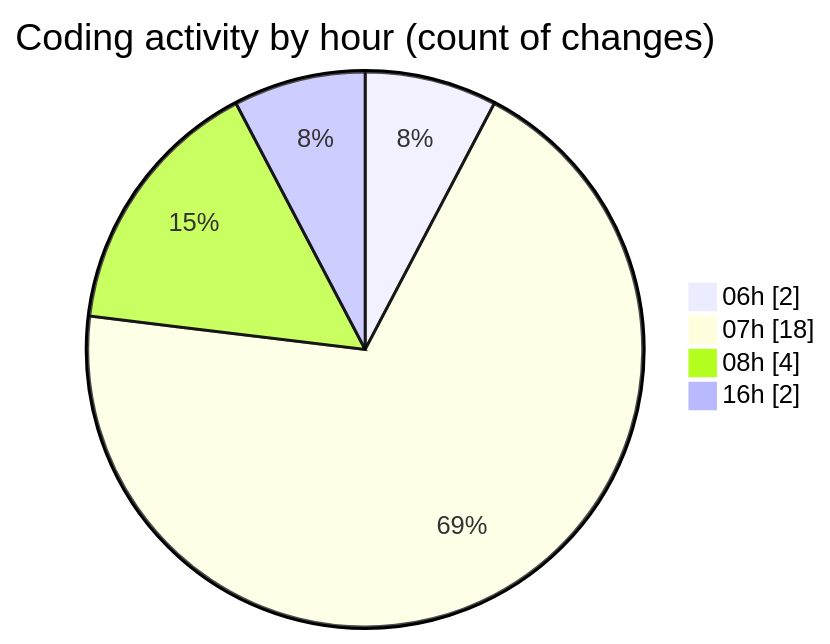
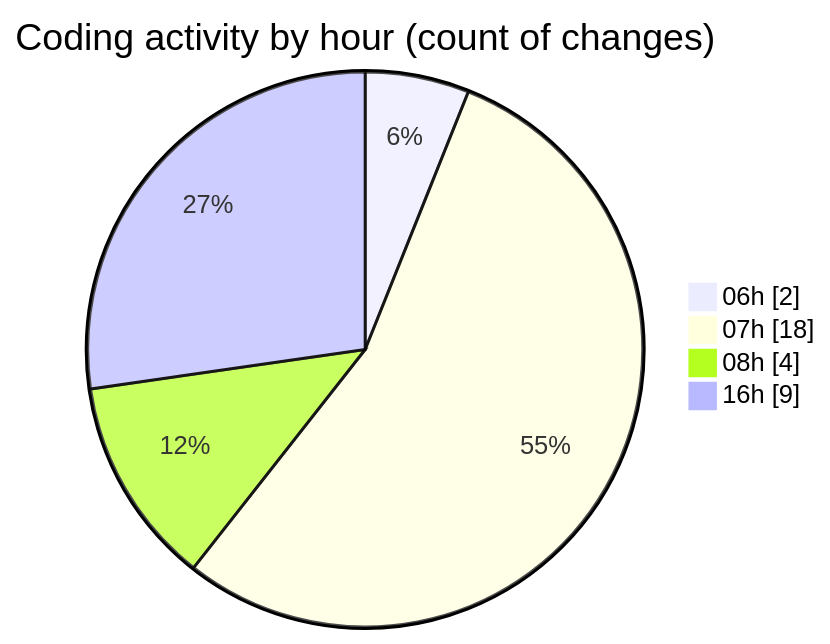
The second of 2 diagrams in 2025-01-27/termonied-web/README.md (robertbonfada/code-tracking), drawn with Mermaid before and after one commit. The commit also changed other lines of this file and 1 other file, not shown here.

````diff
--- a/2025-01-27/termonied-web/README.md
+++ b/2025-01-27/termonied-web/README.md
@@ -33,8 +34,8 @@
 ```mermaid
 pie showData
 title Coding activity by hour (count of changes)
 "06h" : 2
 "07h" : 18
 "08h" : 4
-"16h" : 2
+"16h" : 9
 ```
````
